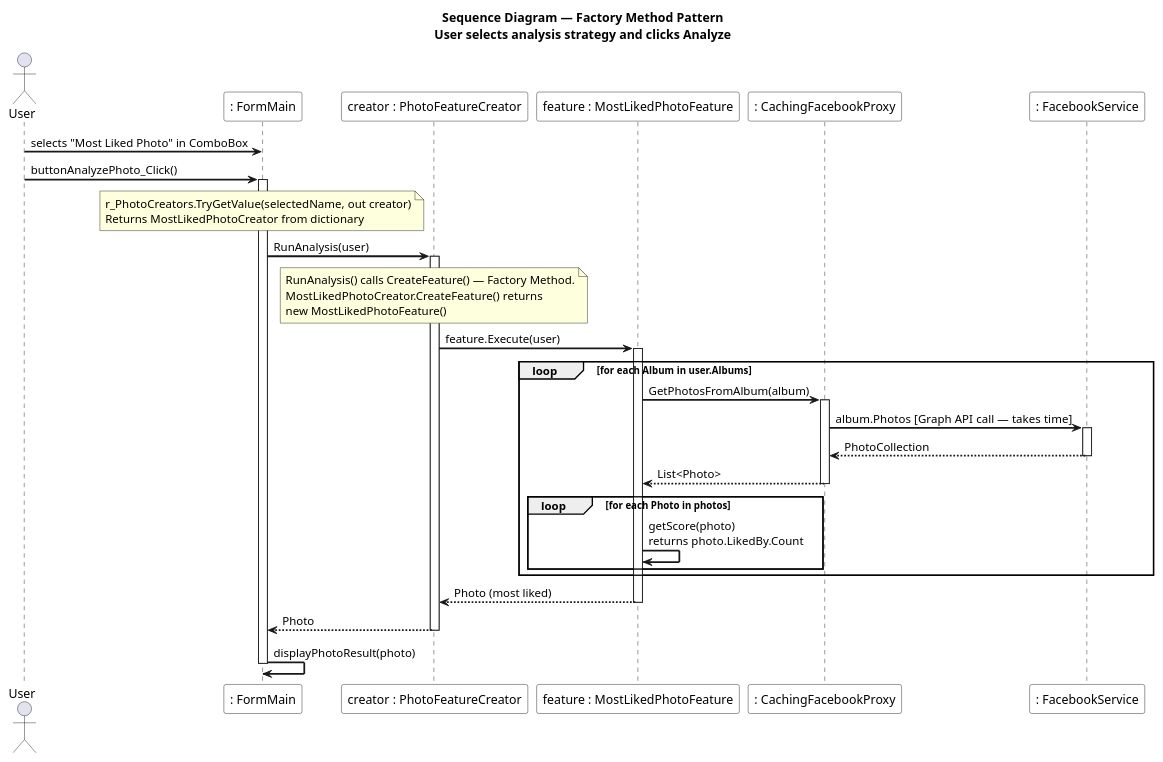
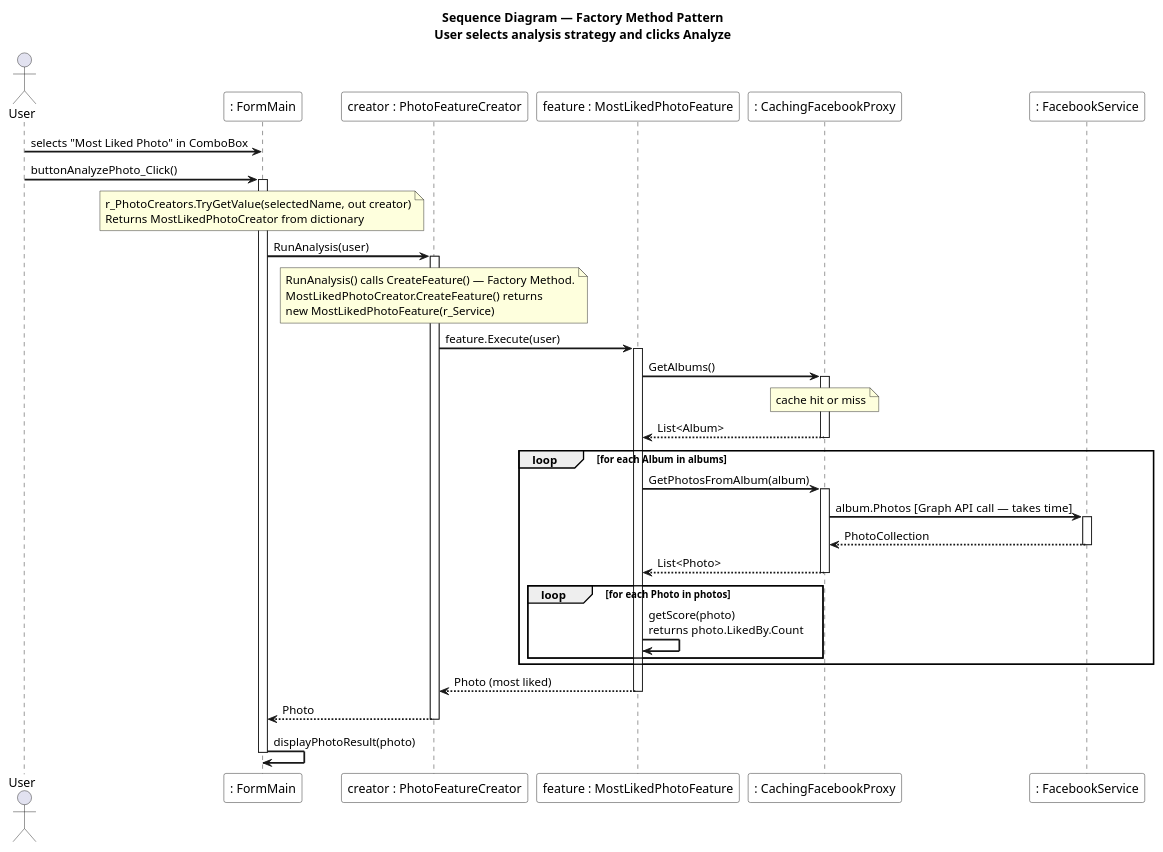
One commit to LotemKimchi/Application-Programming-Using-Design-Patterns changed the diagram in Project2/B26 Ex02 LotemKimchi 318173481 ShaniSalomon 208573683/uml/seq_factory_method.puml. Above: the diagram before and after it, drawn with PlantUML. The commit also changed 13 other files, not shown here.

First line of the commit message:
Fix Features to use IFacebookService, fix IFacebookService typo, update UML

```diff
--- a/Project2/B26 Ex02 LotemKimchi 318173481 ShaniSalomon 208573683/uml/seq_factory_method.puml
+++ b/Project2/B26 Ex02 LotemKimchi 318173481 ShaniSalomon 208573683/uml/seq_factory_method.puml
@@ -1,59 +1,65 @@
 @startuml SequenceDiagram_FactoryMethod
 title Sequence Diagram — Factory Method Pattern\nUser selects analysis strategy and clicks Analyze
 
 skinparam sequenceArrowThickness 2
 skinparam sequenceParticipantBackgroundColor White
 
 actor "User" as User
 
 participant ": FormMain"                        as FM
 participant "creator : PhotoFeatureCreator"     as PFC
 participant "feature : MostLikedPhotoFeature"   as MLPF
 participant ": CachingFacebookProxy"            as Proxy
 participant ": FacebookService"                 as SDK
 
 User  ->  FM   : selects "Most Liked Photo" in ComboBox
 User  ->  FM   : buttonAnalyzePhoto_Click()
 activate FM
 
 note over FM
   r_PhotoCreators.TryGetValue(selectedName, out creator)
   Returns MostLikedPhotoCreator from dictionary
 end note
 
 FM    ->  PFC  : RunAnalysis(user)
 activate PFC
 
 note over PFC
   RunAnalysis() calls CreateFeature() — Factory Method.
   MostLikedPhotoCreator.CreateFeature() returns
-  new MostLikedPhotoFeature()
+  new MostLikedPhotoFeature(r_Service)
 end note
 
 PFC   ->  MLPF : feature.Execute(user)
 activate MLPF
 
-loop for each Album in user.Albums
+MLPF  ->  Proxy : GetAlbums()
+activate Proxy
+note over Proxy : cache hit or miss
+Proxy -->  MLPF : List<Album>
+deactivate Proxy
+
+loop for each Album in albums
     MLPF ->  Proxy : GetPhotosFromAlbum(album)
     activate Proxy
     Proxy ->  SDK  : album.Photos  [Graph API call — takes time]
     activate SDK
     SDK  --> Proxy : PhotoCollection
     deactivate SDK
     Proxy --> MLPF : List<Photo>
     deactivate Proxy
 
     loop for each Photo in photos
         MLPF -> MLPF : getScore(photo)\nreturns photo.LikedBy.Count
     end
 end
 
 MLPF --> PFC  : Photo (most liked)
 deactivate MLPF
 
 PFC  --> FM   : Photo
 deactivate PFC
 
 FM    ->  FM  : displayPhotoResult(photo)
 deactivate FM
 @enduml
```
